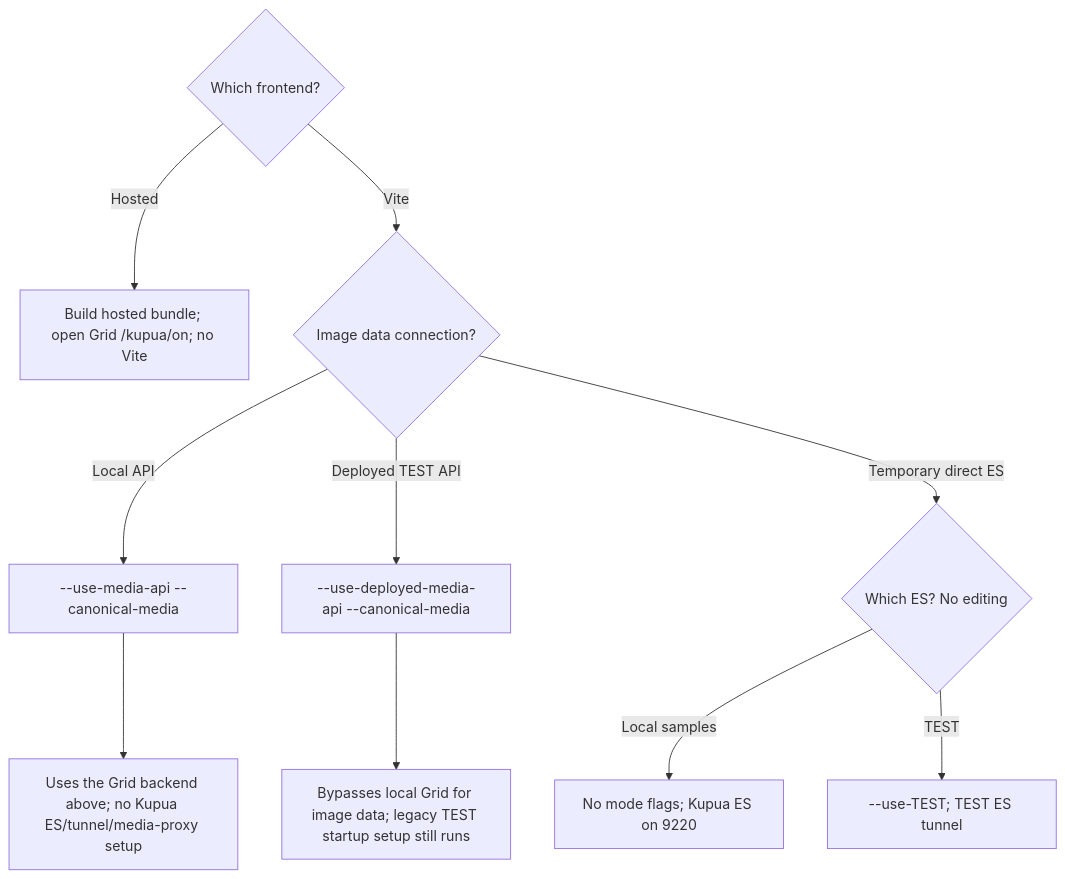
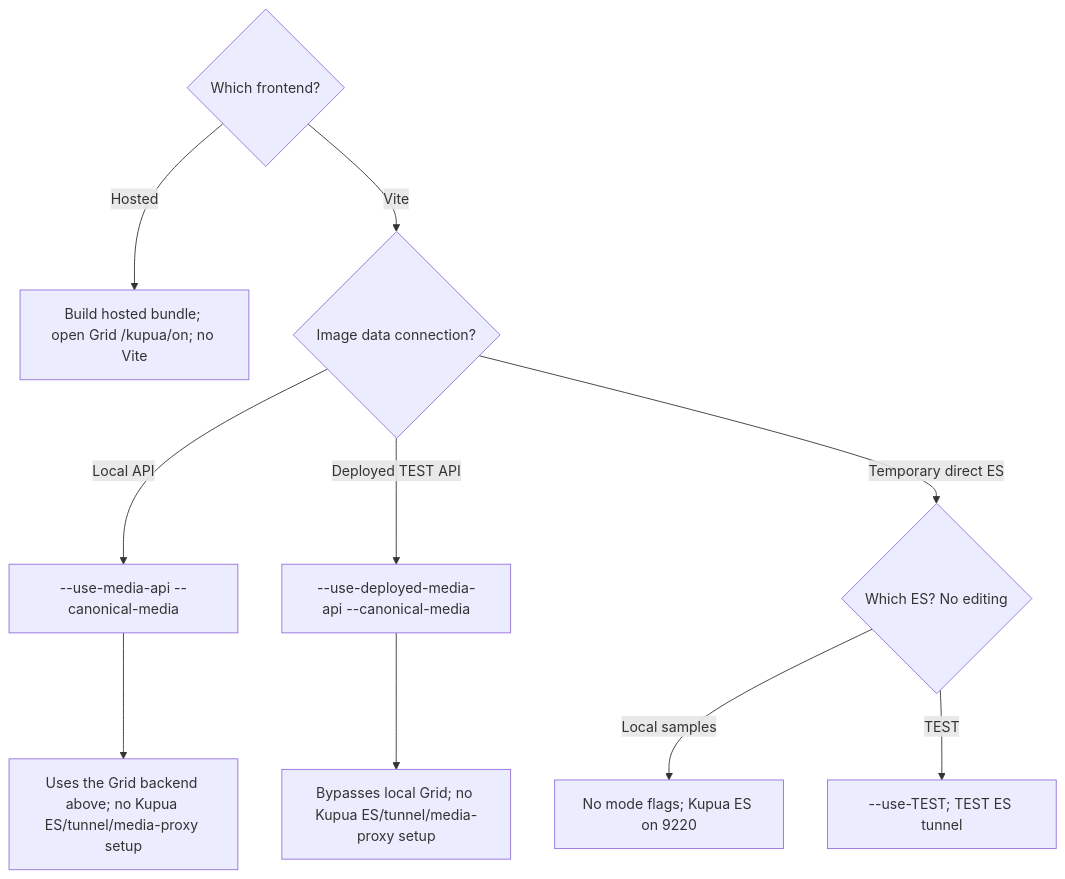
Before and after one commit to guardian/grid: the second of 2 diagrams in kupua/exploration/docs/00 Architecture and philosophy/09-deployed-via-Kahuna.md, drawn with Mermaid. The commit also changed other lines of this file and 4 other files, not shown here.

First line of the commit message:
Kupua: keep canonical API startup free of legacy infrastructure

````diff
--- a/kupua/exploration/docs/00 Architecture and philosophy/09-deployed-via-Kahuna.md
+++ b/kupua/exploration/docs/00 Architecture and philosophy/09-deployed-via-Kahuna.md
@@ -75,13 +75,13 @@
 ```mermaid
 flowchart TD
   Frontend{"Which frontend?"}
   Frontend -->|Hosted|Hosted["Build hosted bundle; open Grid /kupua/on; no Vite"]
   Frontend -->|Vite|Source{"Image data connection?"}
   Source -->|Local API|LocalApi["--use-media-api --canonical-media"]
   Source -->|Deployed TEST API|DeployedApi["--use-deployed-media-api --canonical-media"]
   Source -->|Temporary direct ES|Direct{"Which ES? No editing"}
   Direct -->|Local samples|SampleEs["No mode flags; Kupua ES on 9220"]
   Direct -->|TEST|TestEs["--use-TEST; TEST ES tunnel"]
   LocalApi --> ViteOnly["Uses the Grid backend above; no Kupua ES/tunnel/media-proxy setup"]
-  DeployedApi --> DeployedSetup["Bypasses local Grid for image data; legacy TEST startup setup still runs"]
+  DeployedApi --> DeployedSetup["Bypasses local Grid; no Kupua ES/tunnel/media-proxy setup"]
 ```
````
